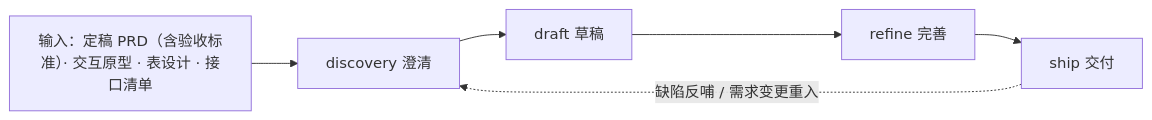
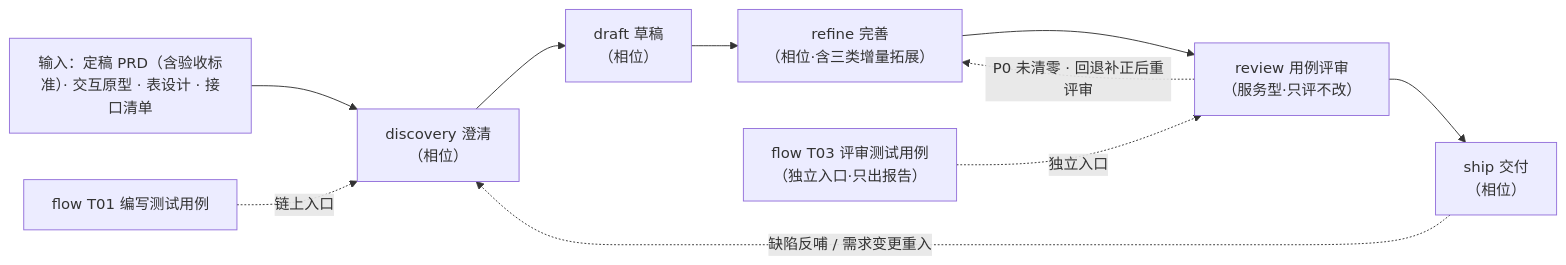
Before and after one commit to incodingless/polaris-flow: the diagram in docs/specs/2026-09-30-testcase-workflow-design.md, drawn with Mermaid. The commit also changed other lines of this file and 25 other files, not shown here.

````diff
--- a/docs/specs/2026-09-30-testcase-workflow-design.md
+++ b/docs/specs/2026-09-30-testcase-workflow-design.md
@@ -61,8 +99,12 @@
 ```mermaid
 flowchart LR
   in["输入：定稿 PRD（含验收标准）· 交互原型 · 表设计 · 接口清单"] --> d
-  d["discovery 澄清"] --> dr["draft 草稿"]
-  dr --> rf["refine 完善"]
-  rf --> sh["ship 交付"]
-  sh -.缺陷反哺 / 需求变更重入.-> d
+  d["discovery 澄清<br/>（相位）"] --> dr["draft 草稿<br/>（相位）"]
+  dr --> rf["refine 完善<br/>（相位·含三类增量拓展）"]
+  rf --> rv["review 用例评审<br/>（服务型·只评不改）"]
+  rv --> sh["ship 交付<br/>（相位）"]
+  rv -. P0 未清零 · 回退补正后重评审 .-> rf
+  sh -. 缺陷反哺 / 需求变更重入 .-> d
+  cmd1["flow T01 编写测试用例"] -. 链上入口 .-> d
+  cmd2["flow T03 评审测试用例<br/>（独立入口·只出报告）"] -. 独立入口 .-> rv
 ```
````
